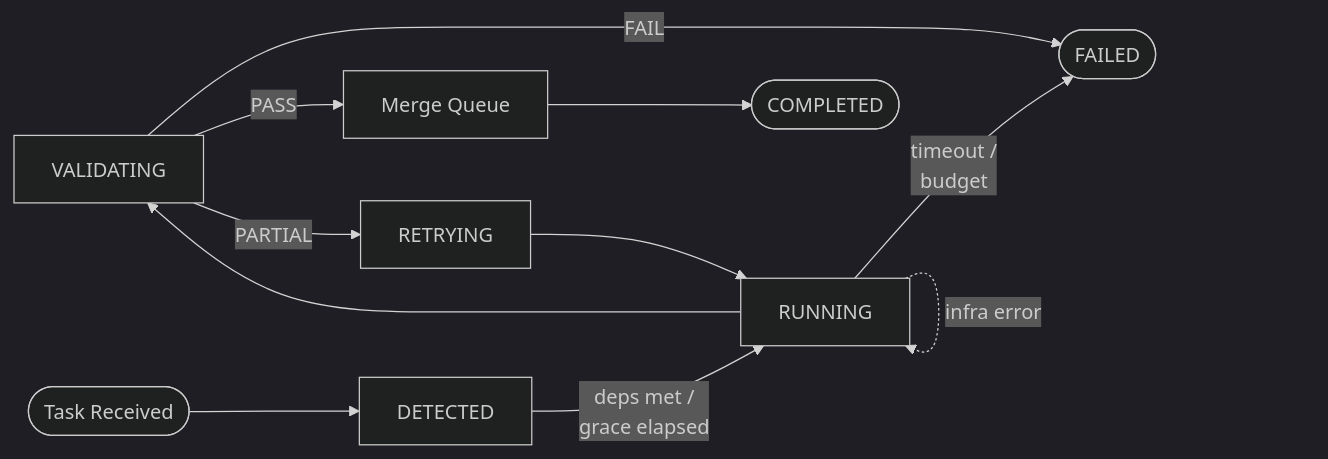
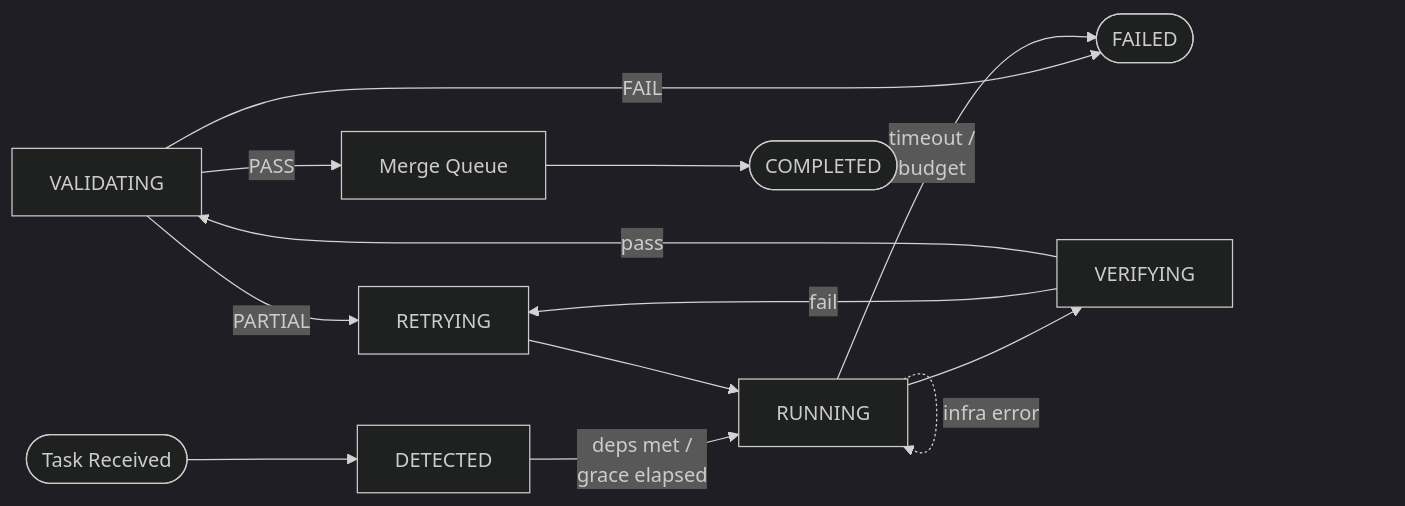
The second of 5 diagrams in README.md (itsmeboris/Golem), drawn with Mermaid (dark theme) before and after one commit. The commit also changed other lines of this file and 2 other files, not shown here.

````diff
--- a/README.md
+++ b/README.md
@@ -213,13 +216,15 @@
 ```mermaid
 flowchart LR
     D -- FAIL --> F(["FAILED"])
     A(["Task Received"]) --> B["DETECTED"]
     B -- "deps met /<br/>grace elapsed" --> C["RUNNING"]
-    C --> D["VALIDATING"]
+    C --> VFY["VERIFYING"]
+    VFY -- "fail" --> R["RETRYING"]
+    VFY -- "pass" --> D["VALIDATING"]
     D -- PASS --> MQ["Merge Queue"]
     MQ --> E(["COMPLETED"])
-    D -- PARTIAL --> R["RETRYING"]
+    D -- PARTIAL --> R
     R --> C
     C -- "timeout /<br/>budget" --> F
     C -. "infra error" .-> C
 ```
````
